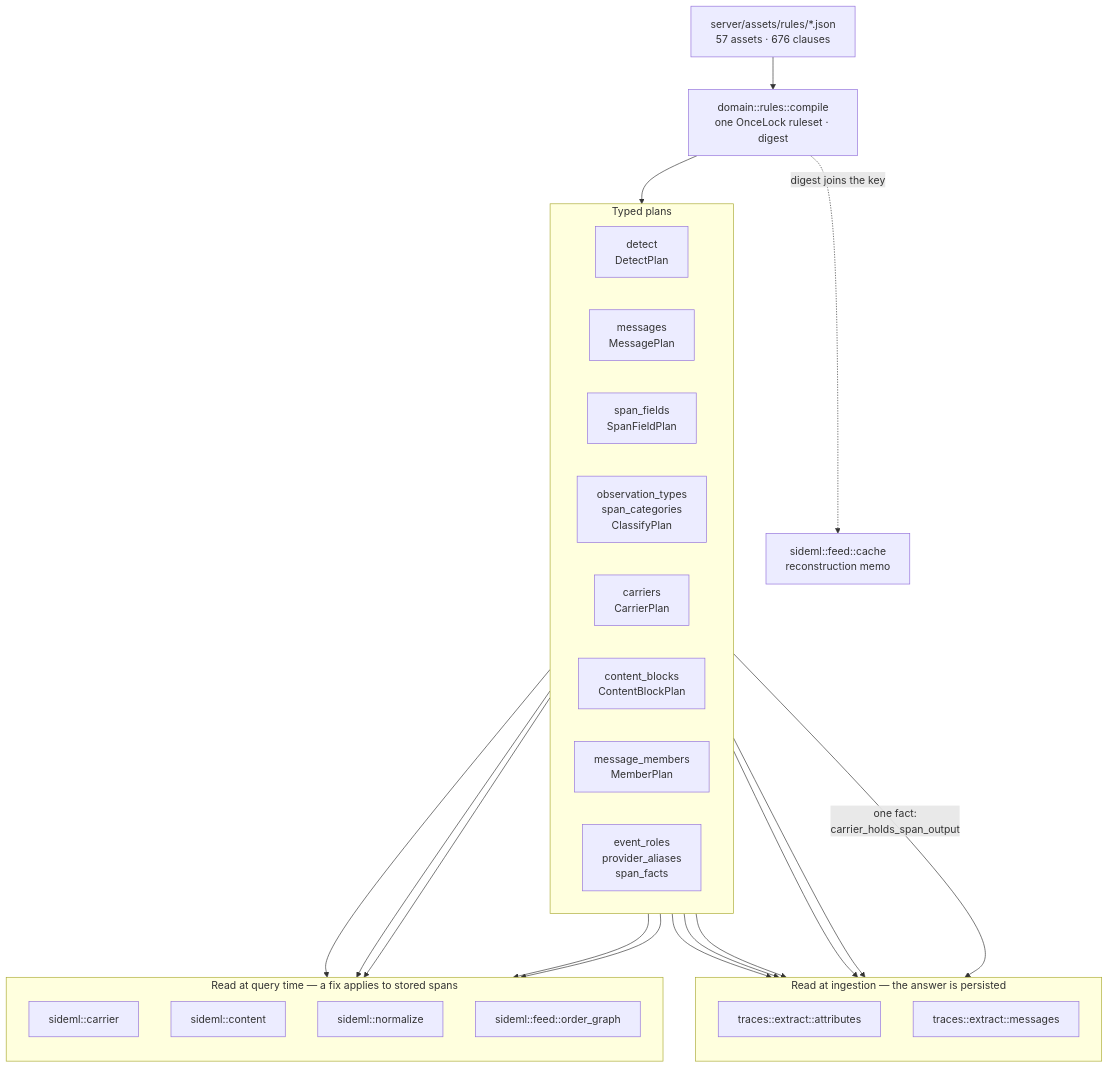
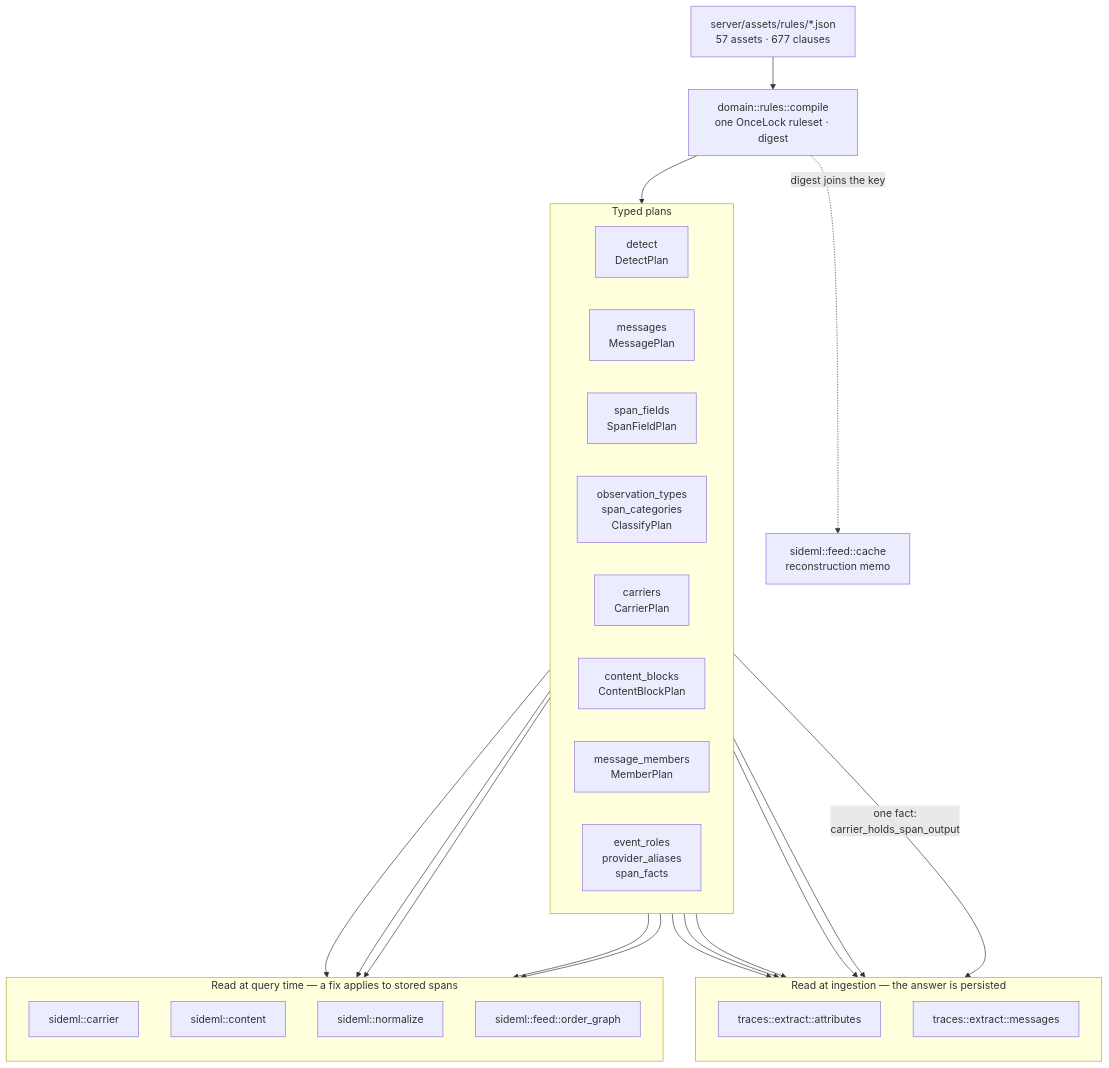
Before and after one commit to sideseat/sideseat: the first of 7 diagrams in docs/engineering/architecture-diagrams.md, drawn with Mermaid. The commit also changed 1 other file, not shown here.

Commit message:
docs(rules): the corpus count after two clauses landed at once
c477731c and 1115c838 each added one clause and each counted 676 from the 675 before them, so HEAD holds 677 and the_diagrams_count_what_the_tree_holds failed.

````diff
--- a/docs/engineering/architecture-diagrams.md
+++ b/docs/engineering/architecture-diagrams.md
@@ -18,47 +18,47 @@
 ```mermaid
 flowchart TB
-    assets["server/assets/rules/*.json<br/>57 assets · 676 clauses"]
+    assets["server/assets/rules/*.json<br/>57 assets · 677 clauses"]
     compile["domain::rules::compile<br/>one OnceLock ruleset · digest"]
     assets --> compile
 
     subgraph plans["Typed plans"]
         direction LR
         detect["detect<br/>DetectPlan"]
         messages["messages<br/>MessagePlan"]
         fields["span_fields<br/>SpanFieldPlan"]
         classify["observation_types<br/>span_categories<br/>ClassifyPlan"]
         carriers["carriers<br/>CarrierPlan"]
         blocks["content_blocks<br/>ContentBlockPlan"]
         members["message_members<br/>MemberPlan"]
         roles["event_roles<br/>provider_aliases<br/>span_facts"]
     end
     compile --> plans
 
     subgraph ingest["Read at ingestion — the answer is persisted"]
         direction TB
         attrs["traces::extract::attributes"]
         msgs["traces::extract::messages"]
     end
 
     subgraph query["Read at query time — a fix applies to stored spans"]
         direction TB
         carrier["sideml::carrier"]
         content["sideml::content"]
         normalize["sideml::normalize"]
         order["sideml::feed::order_graph"]
     end
 
     detect --> attrs
     fields --> attrs
     classify --> attrs
     roles --> attrs
     messages --> msgs
     carriers -->|"one fact:<br/>carrier_holds_span_output"| msgs
     carriers --> carrier
     carriers --> order
     blocks --> content
     members --> content
     roles --> normalize
 
     compile -. "digest joins the key" .-> cache["sideml::feed::cache<br/>reconstruction memo"]
 ```
````
